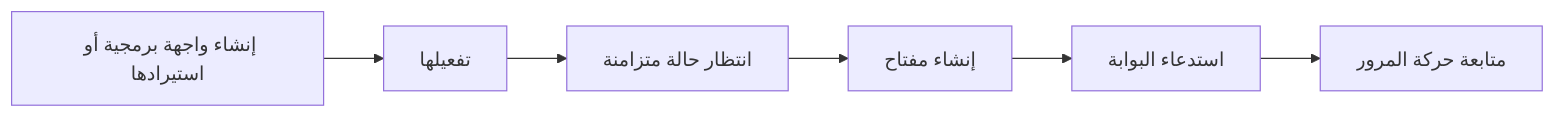
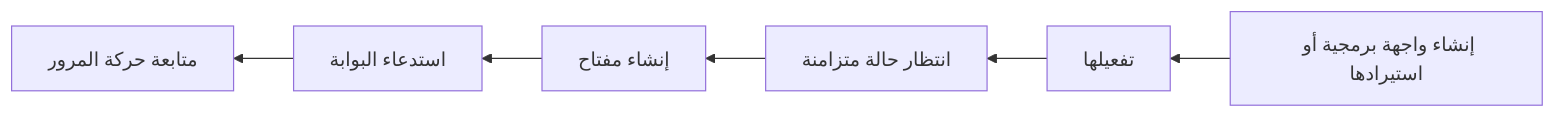
Before and after one commit to Amoxine/mirqab: the diagram in apps/web/content/docs/ar/getting-started.mdx, drawn with Mermaid. The commit also changed other lines of this file and 107 other files, not shown here.

````diff
--- a/apps/web/content/docs/ar/getting-started.mdx
+++ b/apps/web/content/docs/ar/getting-started.mdx
@@ -10,8 +10,8 @@
 ```mermaid
-flowchart LR
+flowchart RL
   A["إنشاء واجهة برمجية أو استيرادها"] --> B["تفعيلها"]
   B --> C["انتظار حالة متزامنة"]
   C --> D["إنشاء مفتاح"]
   D --> E["استدعاء البوابة"]
   E --> F["متابعة حركة المرور"]
 ```
````
